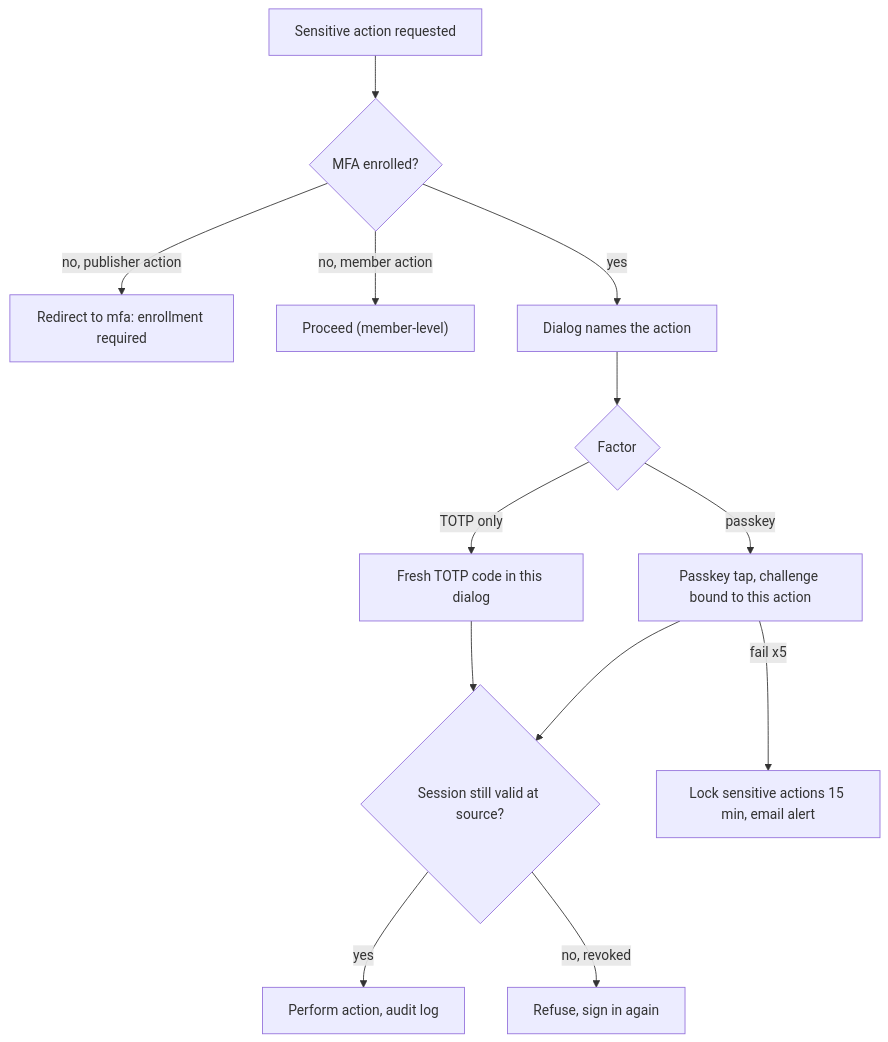
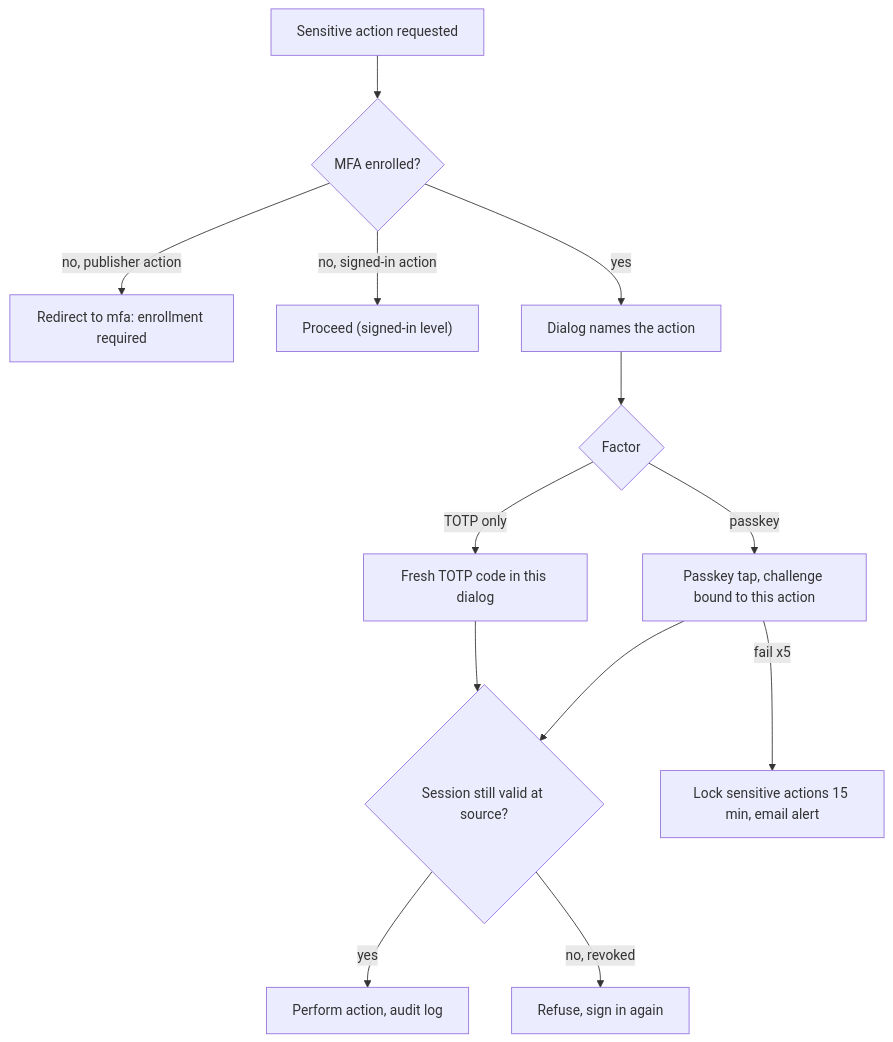
The second of 13 diagrams in docs/ui/flows.md (Claudinite/PackServer), drawn with Mermaid before and after one commit. The commit also changed other lines of this file and 6 other files, not shown here.

````diff
--- a/docs/ui/flows.md
+++ b/docs/ui/flows.md
@@ -71,15 +73,15 @@
 ```mermaid
 flowchart TD
   A["Sensitive action requested"] --> B{"MFA enrolled?"}
   B -- "no, publisher action" --> C["Redirect to mfa: enrollment required"]
-  B -- "no, member action" --> D["Proceed (member-level)"]
+  B -- "no, signed-in action" --> D["Proceed (signed-in level)"]
   B -- yes --> E["Dialog names the action"]
   E --> F{"Factor"}
   F -- passkey --> G["Passkey tap, challenge bound to this action"]
   F -- "TOTP only" --> H["Fresh TOTP code in this dialog"]
   G --> I{"Session still valid at source?"}
   H --> I
   I -- yes --> J["Perform action, audit log"]
   I -- "no, revoked" --> K["Refuse, sign in again"]
   G -- "fail x5" --> L["Lock sensitive actions 15 min, email alert"]
 ```
````
